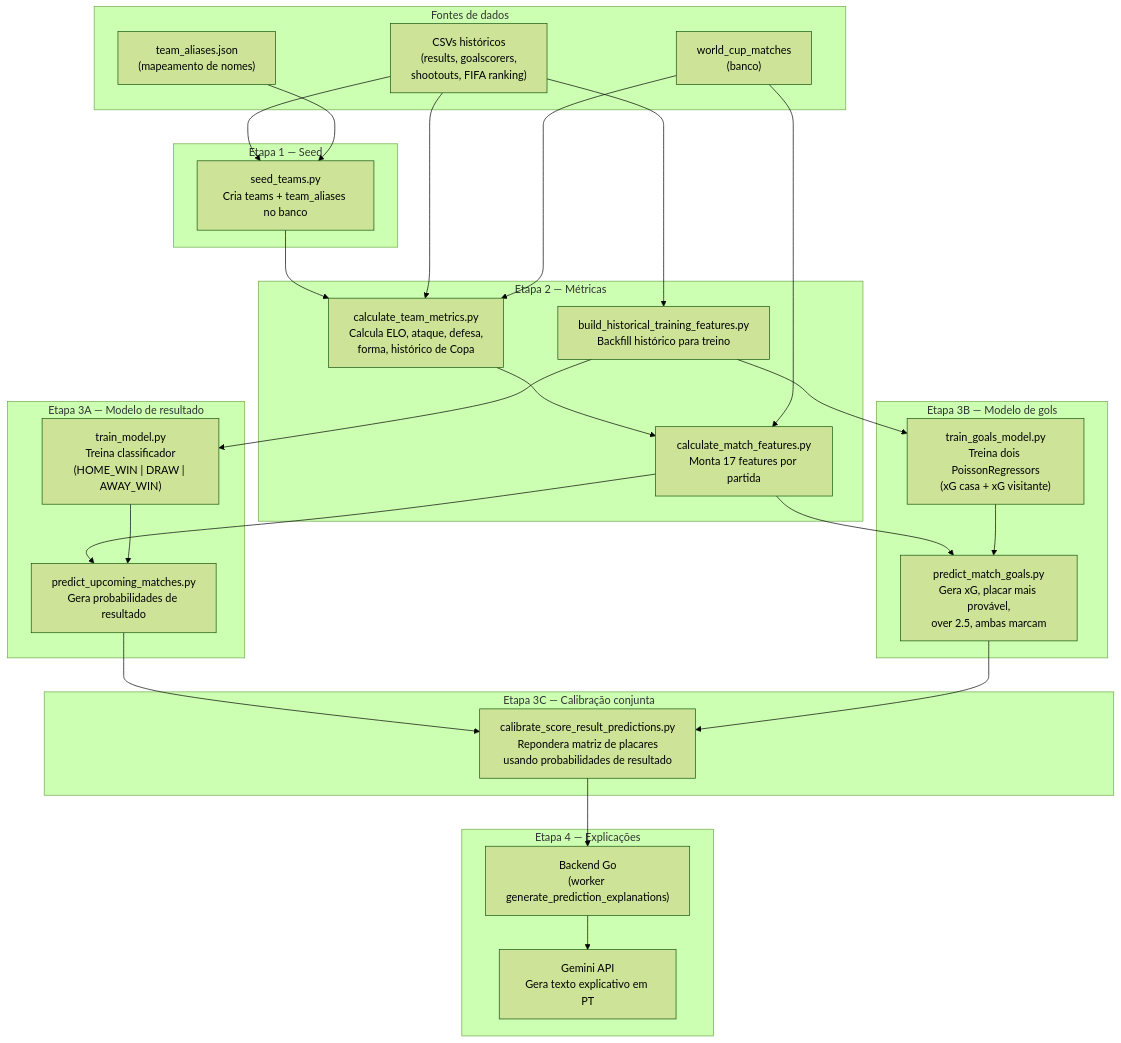
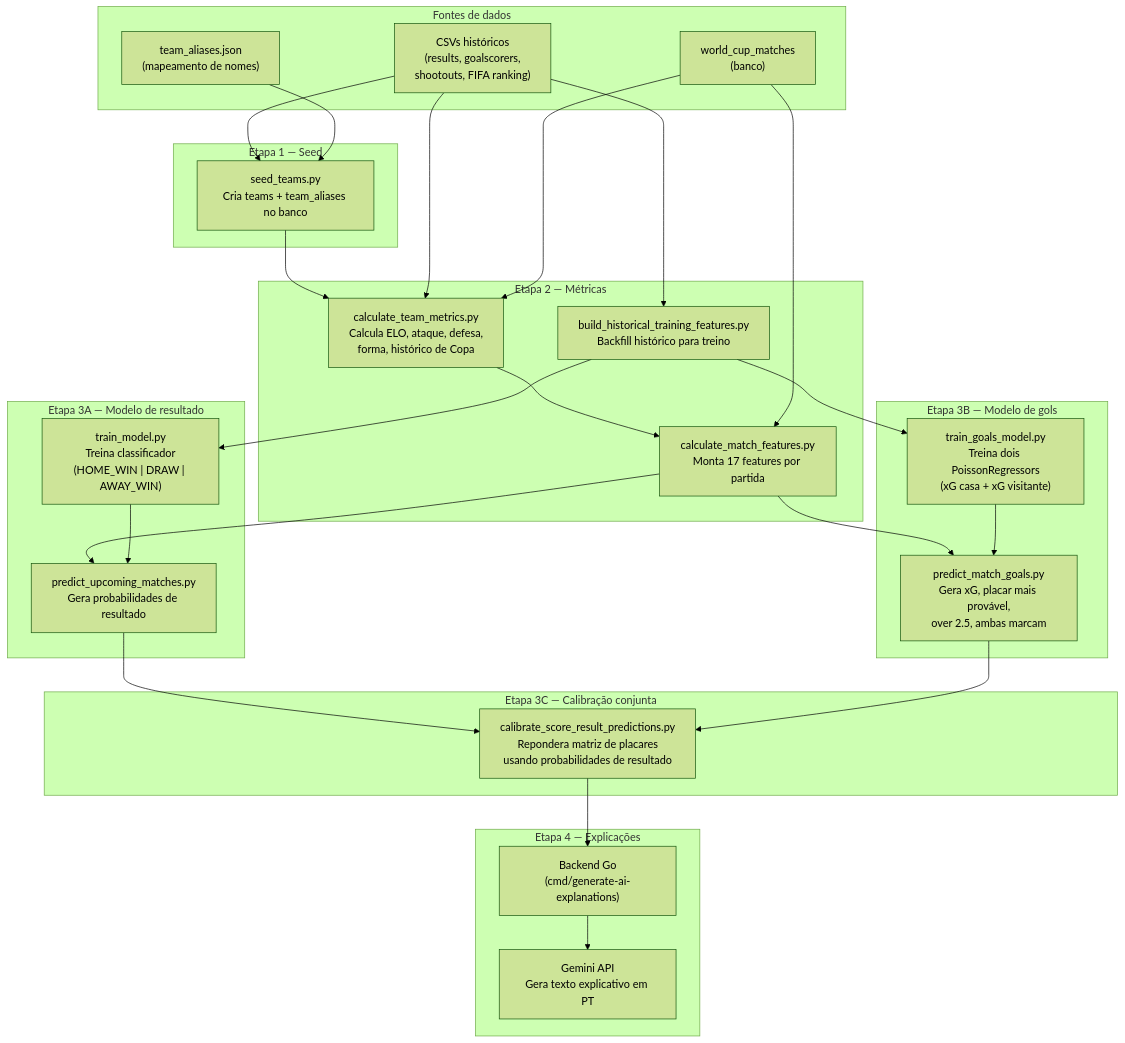
The first of 6 diagrams in docs/ml-service/pipeline.md (GabrieleGVieira/palpite), drawn with Mermaid (forest theme) before and after one commit. The commit also changed 10 other files, not shown here.

````diff
--- a/docs/ml-service/pipeline.md
+++ b/docs/ml-service/pipeline.md
@@ -9,56 +9,56 @@
 ```mermaid
 flowchart TD
     subgraph "Fontes de dados"
         CSV["CSVs históricos\n(results, goalscorers,\nshootouts, FIFA ranking)"]
         DB_MATCHES["world_cup_matches\n(banco)"]
         ALIASES["team_aliases.json\n(mapeamento de nomes)"]
     end
 
     subgraph "Etapa 1 — Seed"
         SEED["seed_teams.py\nCria teams + team_aliases no banco"]
     end
 
     subgraph "Etapa 2 — Métricas"
         METRICS["calculate_team_metrics.py\nCalcula ELO, ataque, defesa,\nforma, histórico de Copa"]
         FEATURES["calculate_match_features.py\nMonta 17 features por partida"]
         HIST["build_historical_training_features.py\nBackfill histórico para treino"]
     end
 
     subgraph "Etapa 3A — Modelo de resultado"
         TRAIN_R["train_model.py\nTreina classificador\n(HOME_WIN | DRAW | AWAY_WIN)"]
         PRED_R["predict_upcoming_matches.py\nGera probabilidades de resultado"]
     end
 
     subgraph "Etapa 3B — Modelo de gols"
         TRAIN_G["train_goals_model.py\nTreina dois PoissonRegressors\n(xG casa + xG visitante)"]
         PRED_G["predict_match_goals.py\nGera xG, placar mais provável,\nover 2.5, ambas marcam"]
     end
 
     subgraph "Etapa 3C — Calibração conjunta"
         CALIB["calibrate_score_result_predictions.py\nRepondera matriz de placares\nusando probabilidades de resultado"]
     end
 
     subgraph "Etapa 4 — Explicações"
-        BACKEND["Backend Go\n(worker generate_prediction_explanations)"]
+        BACKEND["Backend Go\n(cmd/generate-ai-explanations)"]
         GEMINI["Gemini API\nGera texto explicativo em PT"]
     end
 
     CSV --> SEED
     ALIASES --> SEED
     SEED --> METRICS
     CSV --> METRICS
     DB_MATCHES --> METRICS
     METRICS --> FEATURES
     DB_MATCHES --> FEATURES
     CSV --> HIST
     HIST --> TRAIN_R
     HIST --> TRAIN_G
     FEATURES --> PRED_R
     FEATURES --> PRED_G
     TRAIN_R --> PRED_R
     TRAIN_G --> PRED_G
     PRED_R --> CALIB
     PRED_G --> CALIB
     CALIB --> BACKEND
     BACKEND --> GEMINI
 ```
````
